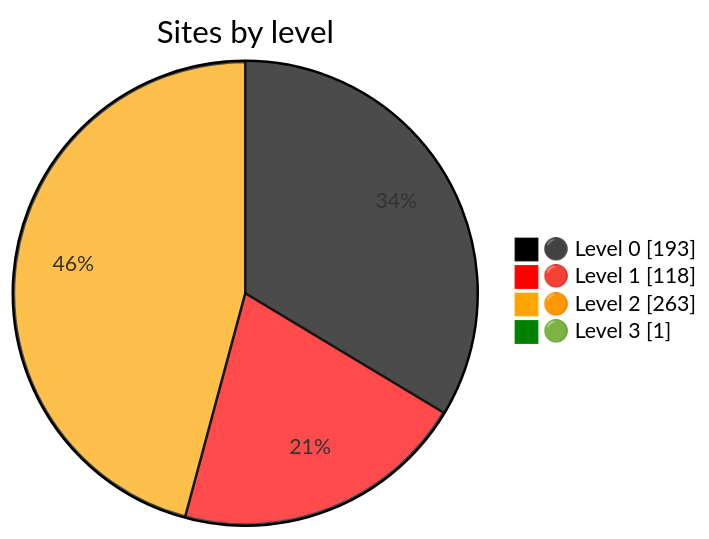
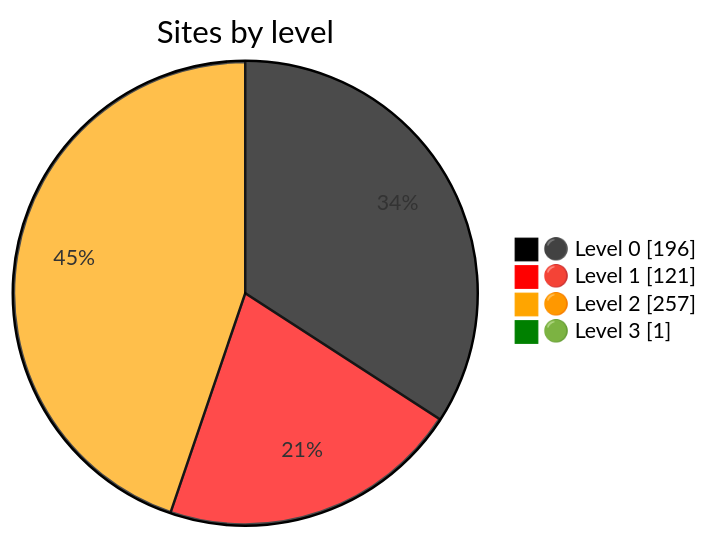
Before and after one commit to nuuuwan/gov_lk_web_auditor: the diagram in README.md, drawn with Mermaid. The commit also changed other lines of this file and 2573 other files, not shown here.

````diff
--- a/README.md
+++ b/README.md
@@ -24,9 +24,9 @@
 ```mermaid
 %%{init: {"themeVariables":{"pie1":"black","pie2":"red","pie3":"orange","pie4":"green"}}}%%
 pie showData
     title Sites by level
-    "⚫ Level 0" : 193
-    "🔴 Level 1" : 118
-    "🟠 Level 2" : 263
+    "⚫ Level 0" : 196
+    "🔴 Level 1" : 121
+    "🟠 Level 2" : 257
     "🟢 Level 3" : 1
 ```
````
